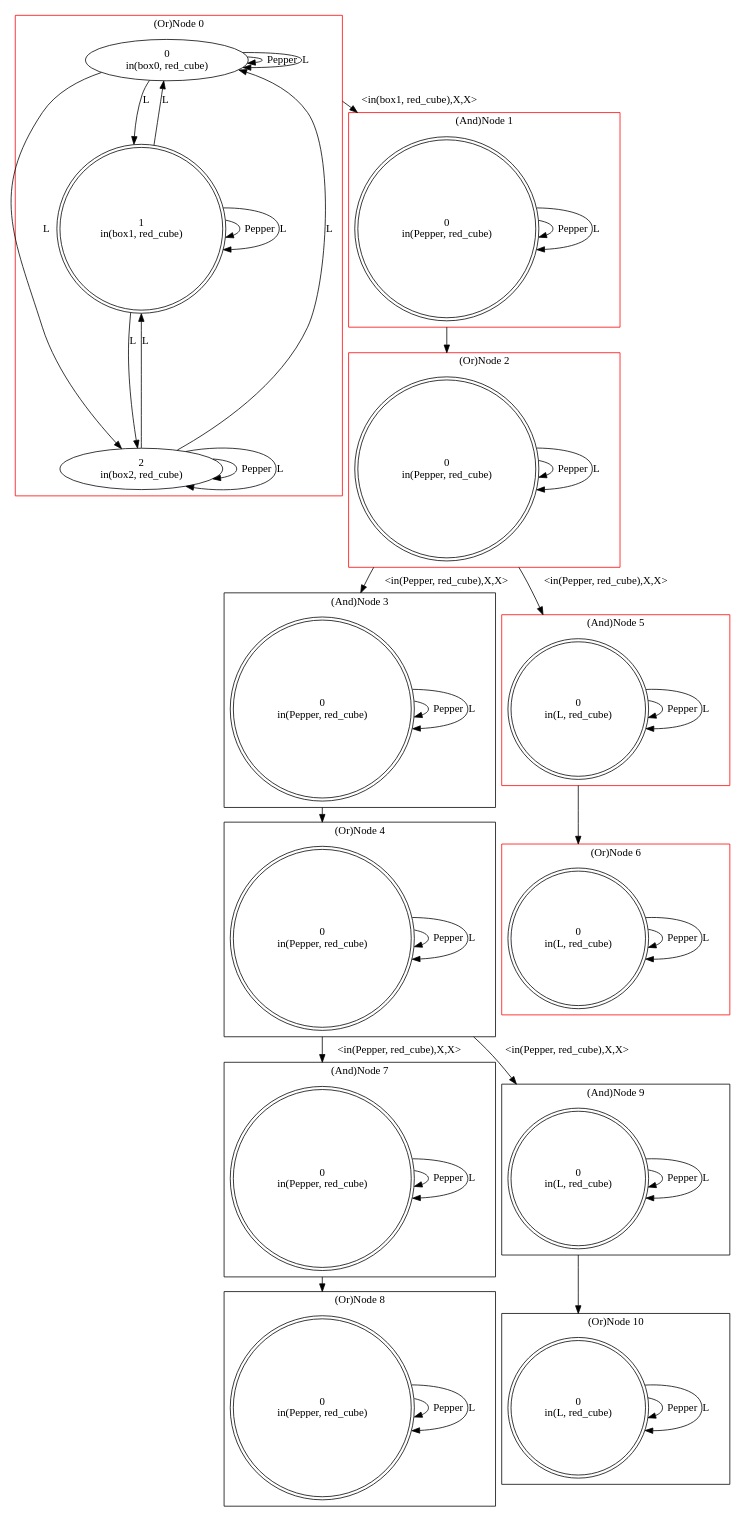
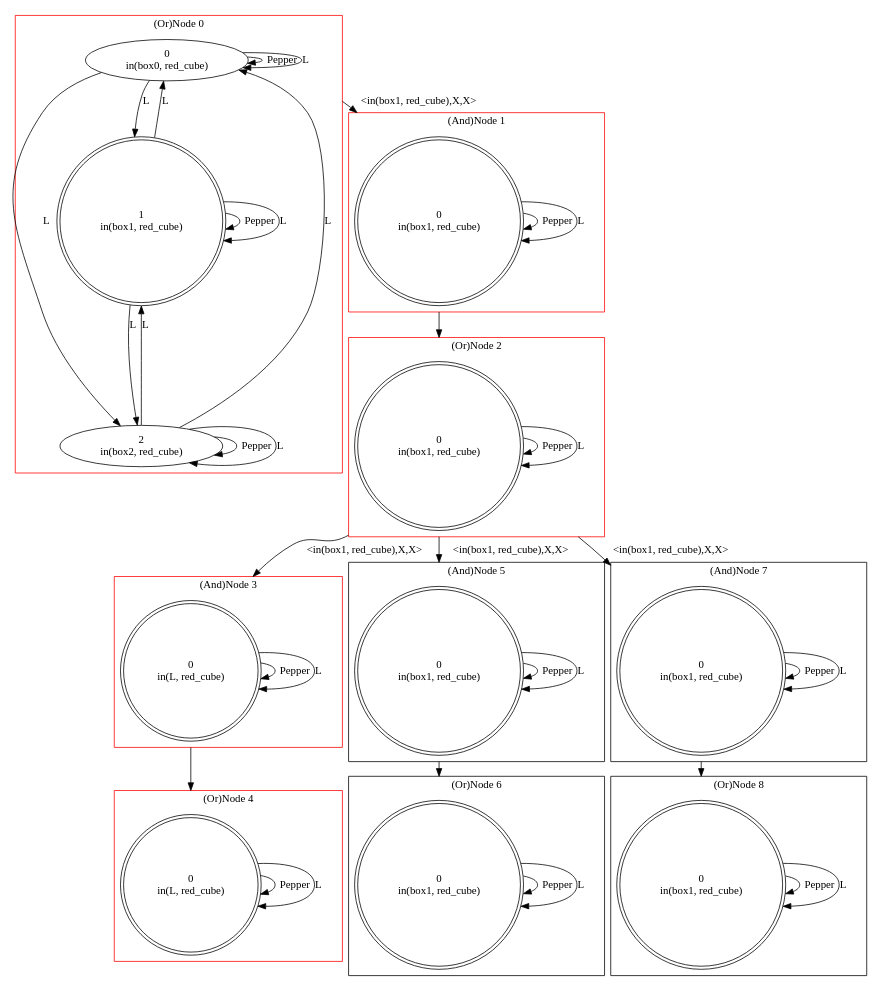
The diagram in Graph.dot (Zeltex/Implicit_Coordination), drawn with Graphviz before and after one commit. The commit also changed 14 other files, not shown here.

```diff
--- a/Graph.dot
+++ b/Graph.dot
@@ -1,120 +1,102 @@
 digraph G {
 compound=true;
 subgraph cluster_0 {
 label="(Or)Node 0";
 pencolor=red;
 s00 [label="0
 in(box0, red_cube)"];
 s01 [label="1
 in(box1, red_cube)", shape=doublecircle];
 s02 [label="2
 in(box2, red_cube)"];
 s00 -> s00[label="Pepper"];
 s01 -> s01[label="Pepper"];
 s02 -> s02[label="Pepper"];
 s00 -> s01[label="L"];
 s00 -> s02[label="L"];
 s01 -> s00[label="L"];
 s01 -> s02[label="L"];
 s02 -> s00[label="L"];
 s02 -> s01[label="L"];
 s00 -> s00[label="L"];
 s01 -> s01[label="L"];
 s02 -> s02[label="L"];
 
 }
 subgraph cluster_1 {
 label="(And)Node 1";
 pencolor=red;
 s10 [label="0
-in(Pepper, red_cube)", shape=doublecircle];
+in(box1, red_cube)", shape=doublecircle];
 s10 -> s10[label="Pepper"];
 s10 -> s10[label="L"];
 
 }
 subgraph cluster_2 {
 label="(Or)Node 2";
 pencolor=red;
 s20 [label="0
-in(Pepper, red_cube)", shape=doublecircle];
+in(box1, red_cube)", shape=doublecircle];
 s20 -> s20[label="Pepper"];
 s20 -> s20[label="L"];
 
 }
 subgraph cluster_3 {
 label="(And)Node 3";
+pencolor=red;
 s30 [label="0
-in(Pepper, red_cube)", shape=doublecircle];
+in(L, red_cube)", shape=doublecircle];
 s30 -> s30[label="Pepper"];
 s30 -> s30[label="L"];
 
 }
 subgraph cluster_4 {
 label="(Or)Node 4";
+pencolor=red;
 s40 [label="0
-in(Pepper, red_cube)", shape=doublecircle];
+in(L, red_cube)", shape=doublecircle];
 s40 -> s40[label="Pepper"];
 s40 -> s40[label="L"];
 
 }
 subgraph cluster_5 {
 label="(And)Node 5";
-pencolor=red;
 s50 [label="0
-in(L, red_cube)", shape=doublecircle];
+in(box1, red_cube)", shape=doublecircle];
 s50 -> s50[label="Pepper"];
 s50 -> s50[label="L"];
 
 }
 subgraph cluster_6 {
 label="(Or)Node 6";
-pencolor=red;
 s60 [label="0
-in(L, red_cube)", shape=doublecircle];
+in(box1, red_cube)", shape=doublecircle];
 s60 -> s60[label="Pepper"];
 s60 -> s60[label="L"];
 
 }
 subgraph cluster_7 {
 label="(And)Node 7";
 s70 [label="0
-in(Pepper, red_cube)", shape=doublecircle];
+in(box1, red_cube)", shape=doublecircle];
 s70 -> s70[label="Pepper"];
 s70 -> s70[label="L"];
 
 }
 subgraph cluster_8 {
 label="(Or)Node 8";
 s80 [label="0
-in(Pepper, red_cube)", shape=doublecircle];
+in(box1, red_cube)", shape=doublecircle];
 s80 -> s80[label="Pepper"];
 s80 -> s80[label="L"];
 
 }
-subgraph cluster_9 {
-label="(And)Node 9";
-s90 [label="0
-in(L, red_cube)", shape=doublecircle];
-s90 -> s90[label="Pepper"];
-s90 -> s90[label="L"];
-
-}
-subgraph cluster_10 {
-label="(Or)Node 10";
-s100 [label="0
-in(L, red_cube)", shape=doublecircle];
-s100 -> s100[label="Pepper"];
-s100 -> s100[label="L"];
-
-}
 s00 -> s10[ltail=cluster_0, lhead=cluster_1,label="<in(box1, red_cube),X,X>"];
 s10 -> s20[ltail=cluster_1, lhead=cluster_2];
-s20 -> s30[ltail=cluster_2, lhead=cluster_3,label="<in(Pepper, red_cube),X,X>"];
-s20 -> s50[ltail=cluster_2, lhead=cluster_5,label="<in(Pepper, red_cube),X,X>"];
+s20 -> s30[ltail=cluster_2, lhead=cluster_3,label="<in(box1, red_cube),X,X>"];
+s20 -> s50[ltail=cluster_2, lhead=cluster_5,label="<in(box1, red_cube),X,X>"];
+s20 -> s70[ltail=cluster_2, lhead=cluster_7,label="<in(box1, red_cube),X,X>"];
 s30 -> s40[ltail=cluster_3, lhead=cluster_4];
-s40 -> s70[ltail=cluster_4, lhead=cluster_7,label="<in(Pepper, red_cube),X,X>"];
-s40 -> s90[ltail=cluster_4, lhead=cluster_9,label="<in(Pepper, red_cube),X,X>"];
 s50 -> s60[ltail=cluster_5, lhead=cluster_6];
 s70 -> s80[ltail=cluster_7, lhead=cluster_8];
-s90 -> s100[ltail=cluster_9, lhead=cluster_10];
 }
```
